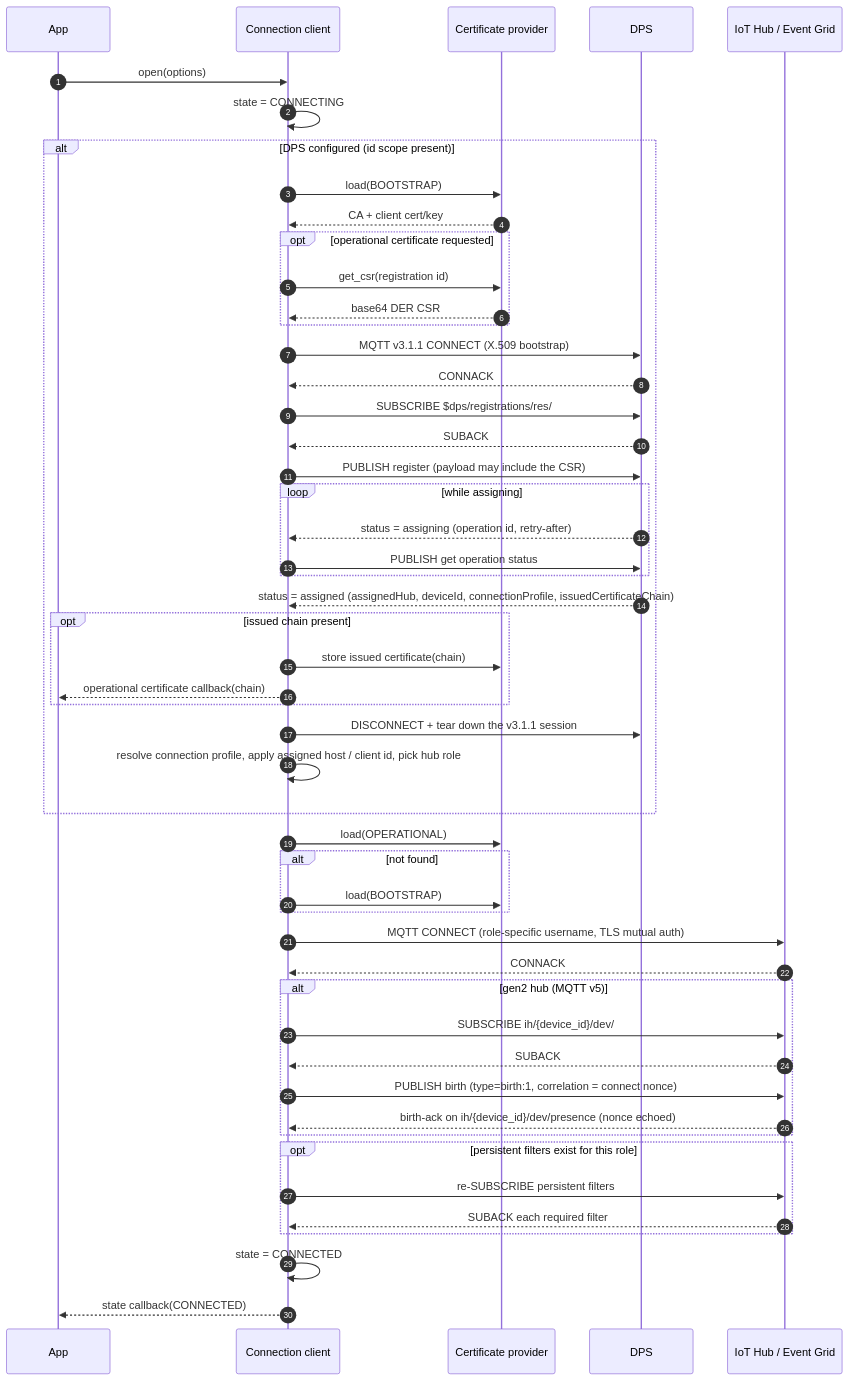
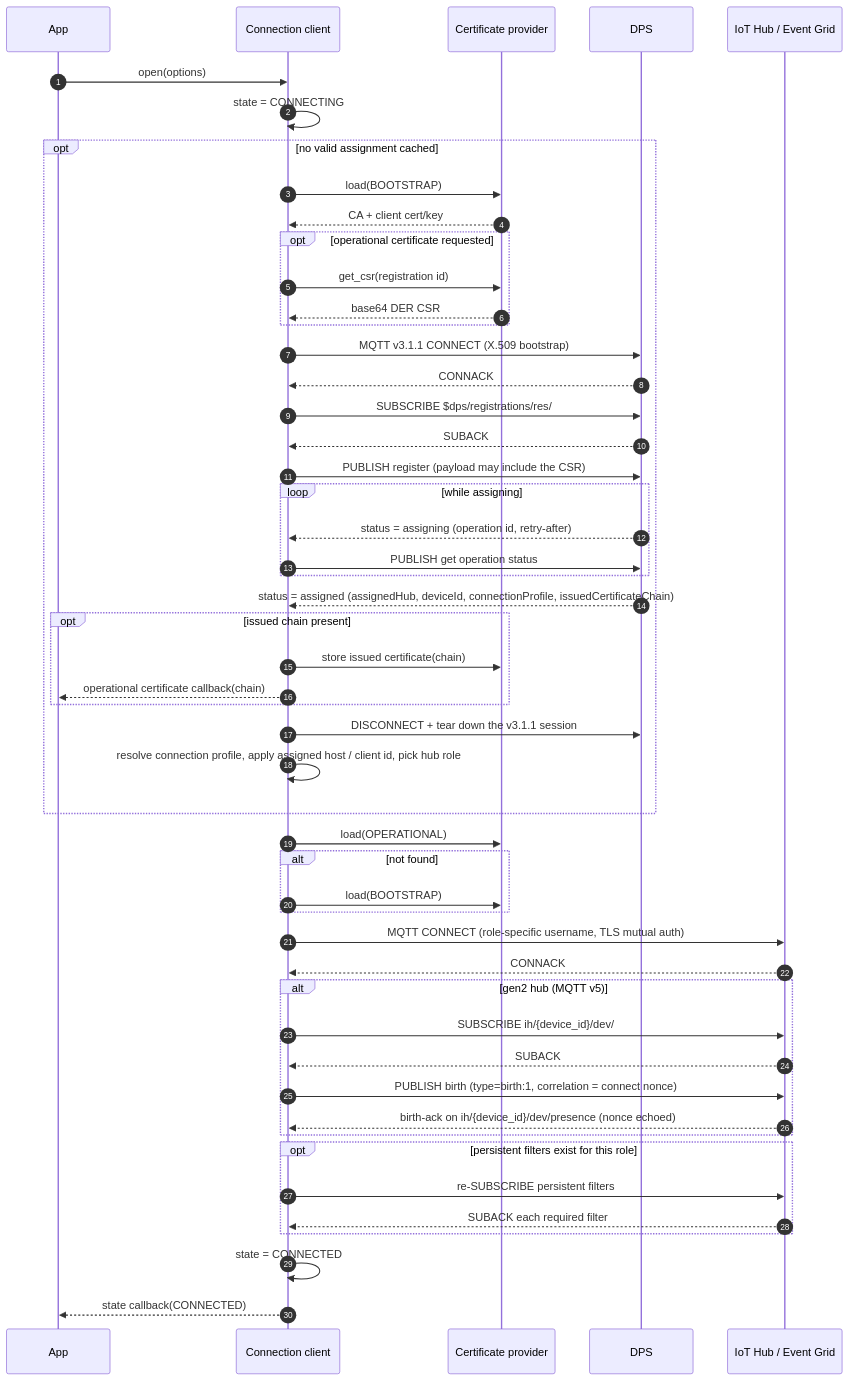
One commit to Azure/azure-iot-sdk changed the third of 9 diagrams in c/docs/connection.md. Above: the diagram before and after it, drawn with Mermaid. The commit also changed other lines of this file and 4 other files, not shown here.

````diff
--- a/c/docs/connection.md
+++ b/c/docs/connection.md
@@ -97,58 +97,58 @@
 ```mermaid
 sequenceDiagram
     autonumber
     participant App
     participant Conn as Connection client
     participant Cert as Certificate provider
     participant DPS
     participant Hub as IoT Hub / Event Grid
 
     App->>Conn: open(options)
     Conn->>Conn: state = CONNECTING
 
-    alt DPS configured (id scope present)
+    opt no valid assignment cached
         Conn->>Cert: load(BOOTSTRAP)
         Cert-->>Conn: CA + client cert/key
         opt operational certificate requested
             Conn->>Cert: get_csr(registration id)
             Cert-->>Conn: base64 DER CSR
         end
         Conn->>DPS: MQTT v3.1.1 CONNECT (X.509 bootstrap)
         DPS-->>Conn: CONNACK
         Conn->>DPS: SUBSCRIBE $dps/registrations/res/#
         DPS-->>Conn: SUBACK
         Conn->>DPS: PUBLISH register (payload may include the CSR)
         loop while assigning
             DPS-->>Conn: status = assigning (operation id, retry-after)
             Conn->>DPS: PUBLISH get operation status
         end
         DPS-->>Conn: status = assigned (assignedHub, deviceId, connectionProfile, issuedCertificateChain)
         opt issued chain present
             Conn->>Cert: store issued certificate(chain)
             Conn-->>App: operational certificate callback(chain)
         end
         Conn->>DPS: DISCONNECT + tear down the v3.1.1 session
         Conn->>Conn: resolve connection profile, apply assigned host / client id, pick hub role
     end
 
     Conn->>Cert: load(OPERATIONAL)
     alt not found
         Conn->>Cert: load(BOOTSTRAP)
     end
     Conn->>Hub: MQTT CONNECT (role-specific username, TLS mutual auth)
     Hub-->>Conn: CONNACK
 
     alt gen2 hub (MQTT v5)
         Conn->>Hub: SUBSCRIBE ih/{device_id}/dev/# (QoS 1)
         Hub-->>Conn: SUBACK
         Conn->>Hub: PUBLISH birth (type=birth:1, correlation = connect nonce)
         Hub-->>Conn: birth-ack on ih/{device_id}/dev/presence (nonce echoed)
     end
 
     opt persistent filters exist for this role
       Conn->>Hub: re-SUBSCRIBE persistent filters
       Hub-->>Conn: SUBACK each required filter
     end
     Conn->>Conn: state = CONNECTED
     Conn-->>App: state callback(CONNECTED)
 ```
````
